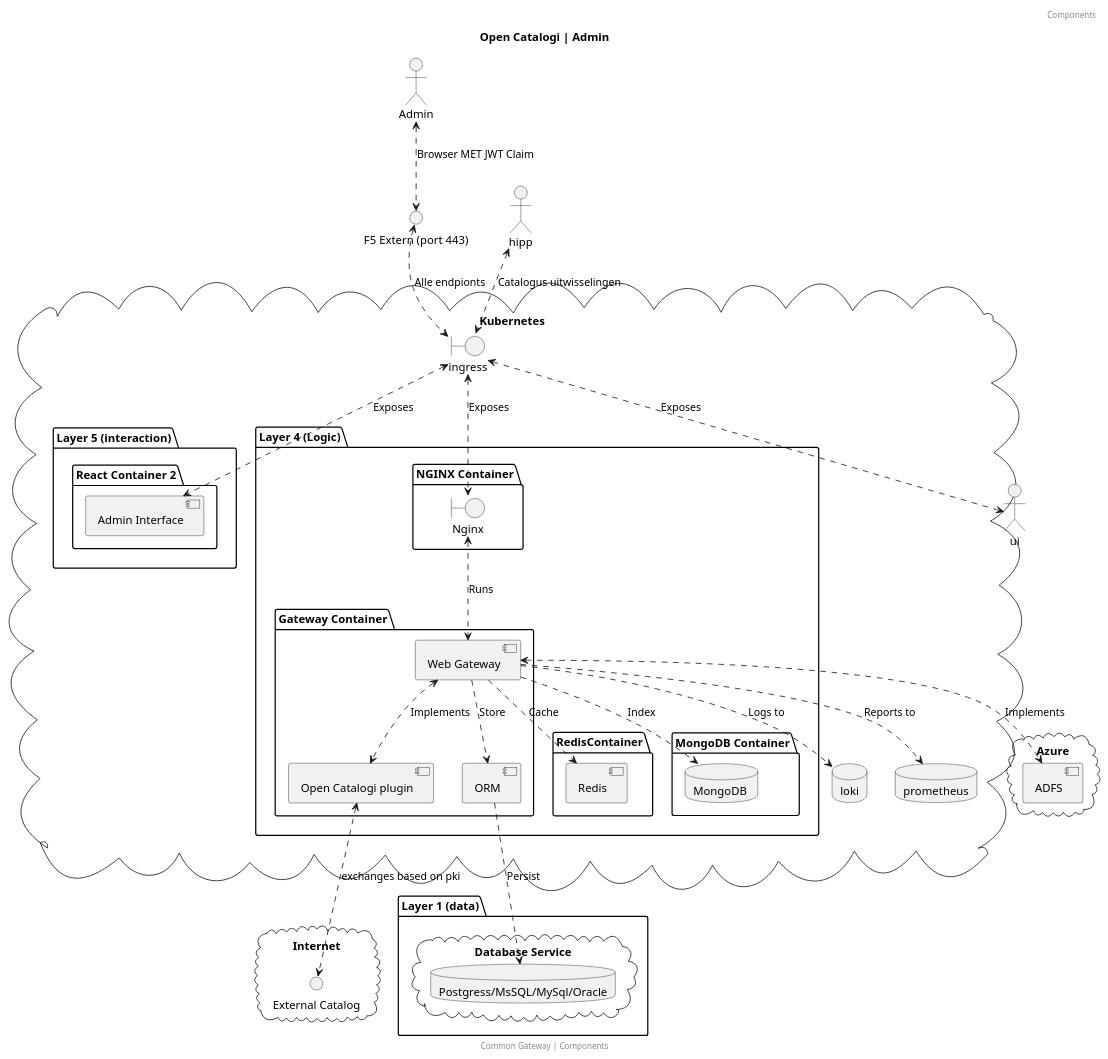
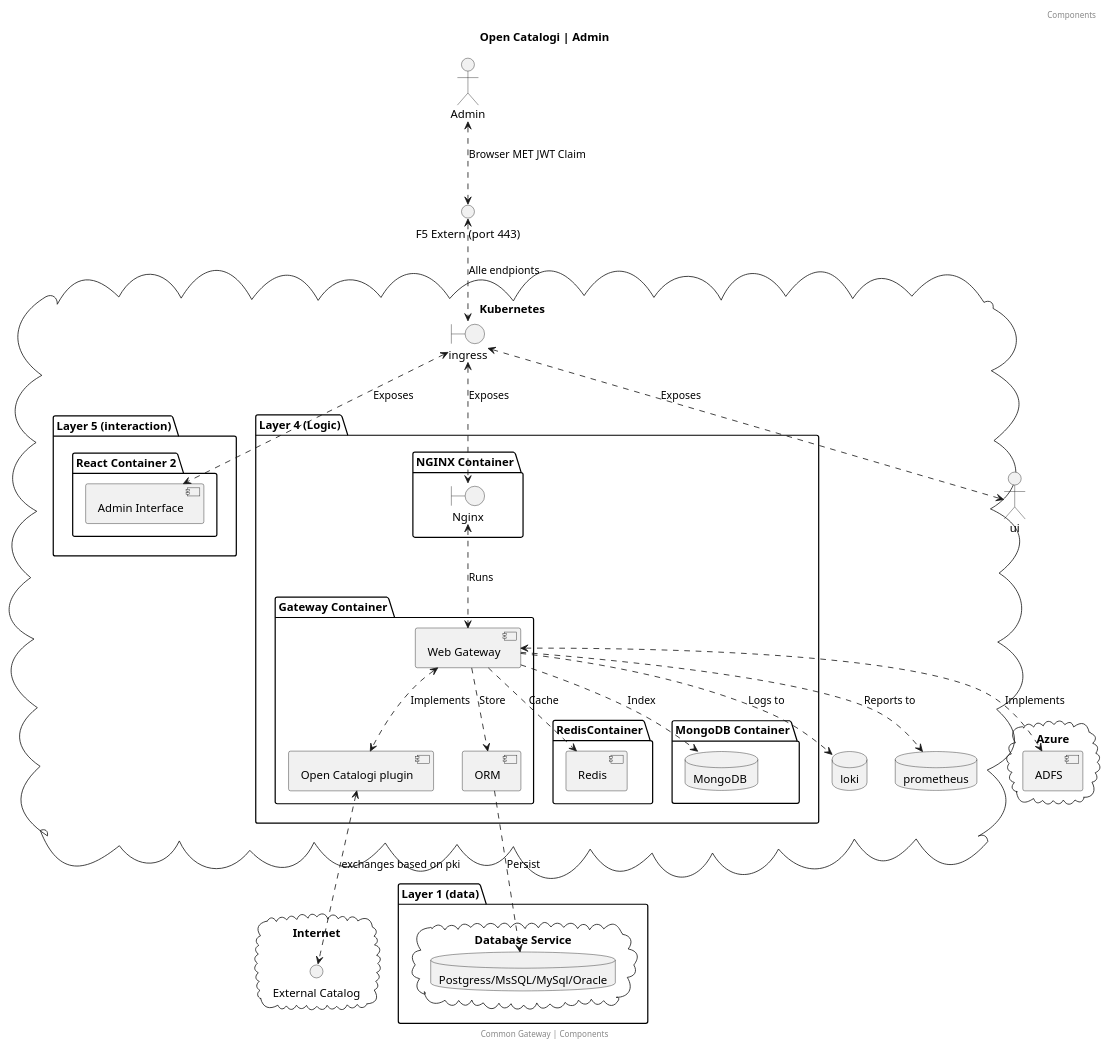
The diagram in docs/oc_admin.puml (OpenCatalogi/OpenCatalogiBundle), drawn with PlantUML before and after one commit. The commit also changed 2 other files, not shown here.

```diff
--- a/docs/oc_admin.puml
+++ b/docs/oc_admin.puml
@@ -1,78 +1,77 @@
 @startuml
 title: Open Catalogi | Admin
 footer: Common Gateway | Components
 header: Components
 
 actor "Admin" as adminUser
 interface "F5 Extern (port 443)" as f5intern
 
 cloud "Azure"{
  [ADFS]  as identity
 }
 
 cloud "Internet"{
 interface "External Catalog" as externalCatalog
 }
 
 
 cloud "Kubernetes"{
 
 boundary "ingress" as ingress
 database loki
 database prometheus
 
 package "Layer 5 (interaction)" {
 
 package "React Container 2" {
  [Admin Interface]  as admin
 }
 }
 
 
 package "Layer 4 (Logic)" {
 package "NGINX Container" {
  boundary "Nginx" as Nginx
 }
 
 package "Gateway Container" {
  [Open Catalogi plugin] as Plugins
  [Web Gateway] as Gateway
  [ORM] as ORM
 }
 
 package "RedisContainer" {
  [Redis] as Redis
 }
 
 
 package "MongoDB Container" {
  database  "MongoDB " as MognoDB
 }
 }
 
 }
 
 package "Layer 1 (data)" {
 cloud "Database Service"{
  database  "Postgress/MsSQL/MySql/Oracle" as db
 }
 }
 
 adminUser <..> f5intern : Browser MET JWT Claim
 f5intern <..> ingress: Alle endpionts
 
-hipp <..> ingress: Catalogus uitwisselingen
 ingress <..> ui: Exposes
 ingress <..> admin: Exposes
 ingress <..> Nginx: Exposes
 Nginx  <..> Gateway: Runs
 Gateway <..> Plugins: Implements
 Gateway <..> identity: Implements
 Gateway ..> loki: Logs to
 Gateway ..> prometheus: Reports to
 Plugins <..> externalCatalog: exchanges based on pki
 Gateway ..> MognoDB: Index
 Gateway ..> Redis: Cache
 Gateway ..> ORM: Store
 ORM  ..> db: Persist
 @enduml
```
